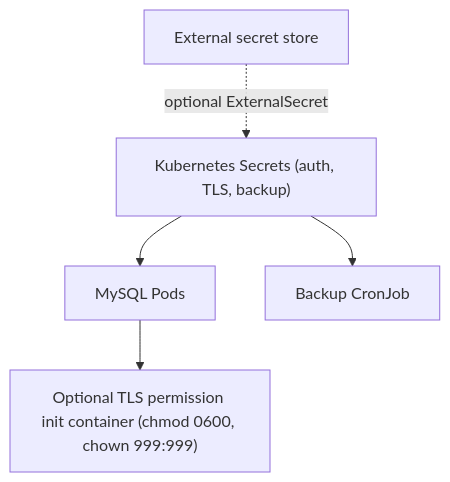
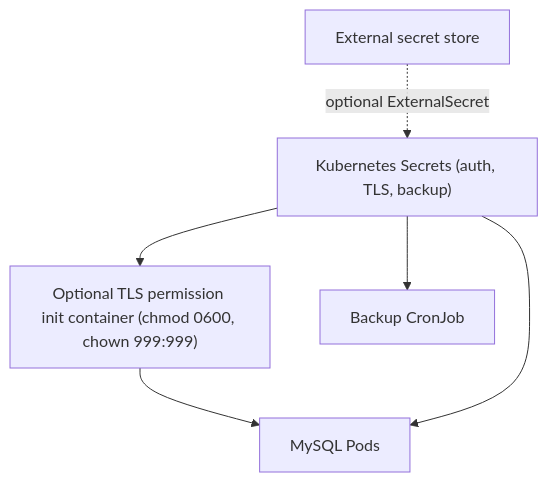
The third of 3 diagrams in charts/mysql/DESIGN.md (helmforgedev/charts), drawn with Mermaid before and after one commit. The commit also changed other lines of this file and 1 other file, not shown here.

````diff
--- a/charts/mysql/DESIGN.md
+++ b/charts/mysql/DESIGN.md
@@ -42,7 +42,8 @@
 ```mermaid
 flowchart TD
   ExtStore[External secret store] -.->|optional ExternalSecret| K8sSecret["Kubernetes Secrets (auth, TLS, backup)"]
-  K8sSecret --> Pods[MySQL Pods]
-  Pods --> Init["Optional TLS permission init container (chmod 0600, chown 999:999)"]
+  K8sSecret --> Init["Optional TLS permission init container (chmod 0600, chown 999:999)"]
+  Init --> Pods[MySQL Pods]
+  K8sSecret --> Pods
   K8sSecret --> Backup[Backup CronJob]
 ```
````
